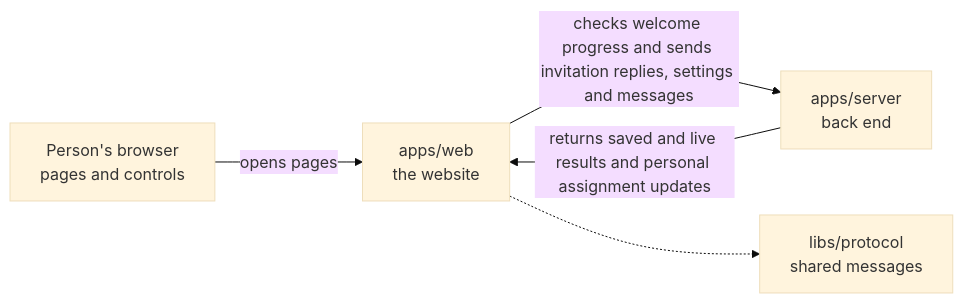
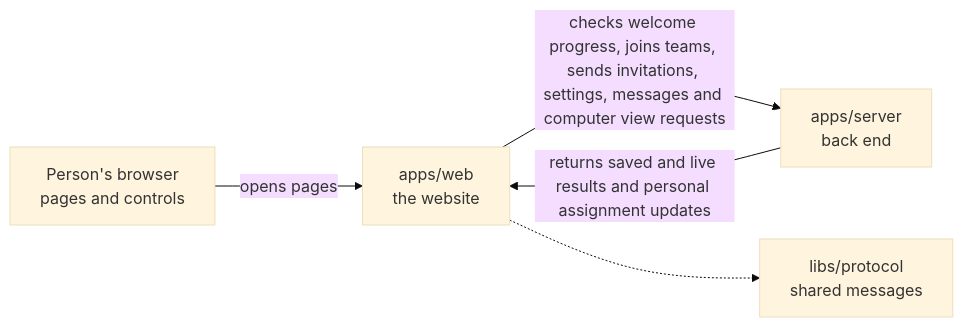
One commit to elewa-git/opencrane-new changed the diagram in apps/web/README.md. Above: the diagram before and after it, drawn with Mermaid (base theme). The commit also changed other lines of this file and 106 other files, not shown here.

````diff
--- a/apps/web/README.md
+++ b/apps/web/README.md
@@ -17,7 +17,7 @@
 ```mermaid
 flowchart LR
   browser["Person's browser<br/>pages and controls"] -->|opens pages| web["apps/web<br/>the website"]
-  web -->|checks welcome progress and sends invitation replies, settings and messages| server["apps/server<br/>back end"]
+  web -->|checks welcome progress, joins teams, sends invitations, settings, messages and computer view requests| server["apps/server<br/>back end"]
   server -->|returns saved and live results and personal assignment updates| web
   web -.-> protocol["libs/protocol<br/>shared messages"]
 ```
````
